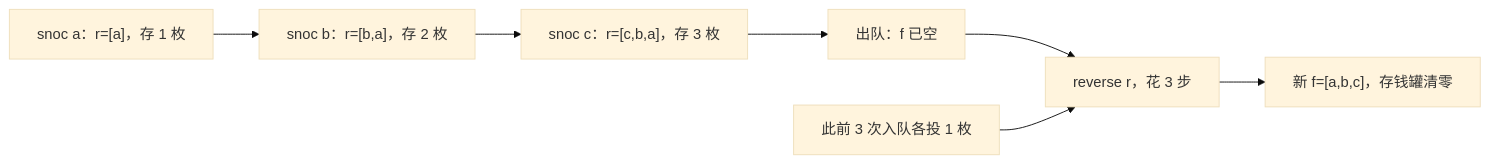
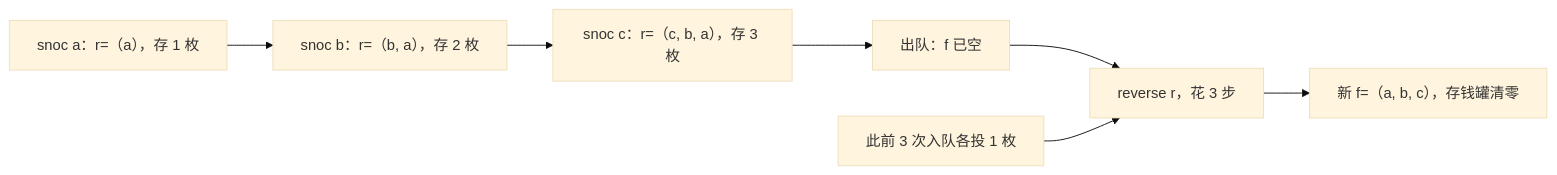
Before and after one commit to xhongduo-tech/xhongduo-tech.github.io: the second of 2 diagrams in docs/cs/functional-queue.md, drawn with Mermaid (base theme). The commit also changed 2 other files, not shown here.

Commit message:
Enhance more cs articles with second diagrams and beginner marginnotes.

````diff
--- a/docs/cs/functional-queue.md
+++ b/docs/cs/functional-queue.md
@@ -45,8 +45,8 @@
 ```mermaid
 flowchart LR
-  S1["snoc a：r=[a]，存 1 枚"] --> S2["snoc b：r=[b,a]，存 2 枚"] --> S3["snoc c：r=[c,b,a]，存 3 枚"]
+  S1["snoc a：r=（a），存 1 枚"] --> S2["snoc b：r=（b, a），存 2 枚"] --> S3["snoc c：r=（c, b, a），存 3 枚"]
   S3 --> DEQ["出队：f 已空"]
   DEQ --> REV["reverse r，花 3 步"]
   BANK["此前 3 次入队各投 1 枚"] --> REV
-  REV --> NEWF["新 f=[a,b,c]，存钱罐清零"]
+  REV --> NEWF["新 f=（a, b, c），存钱罐清零"]
 ```
````
